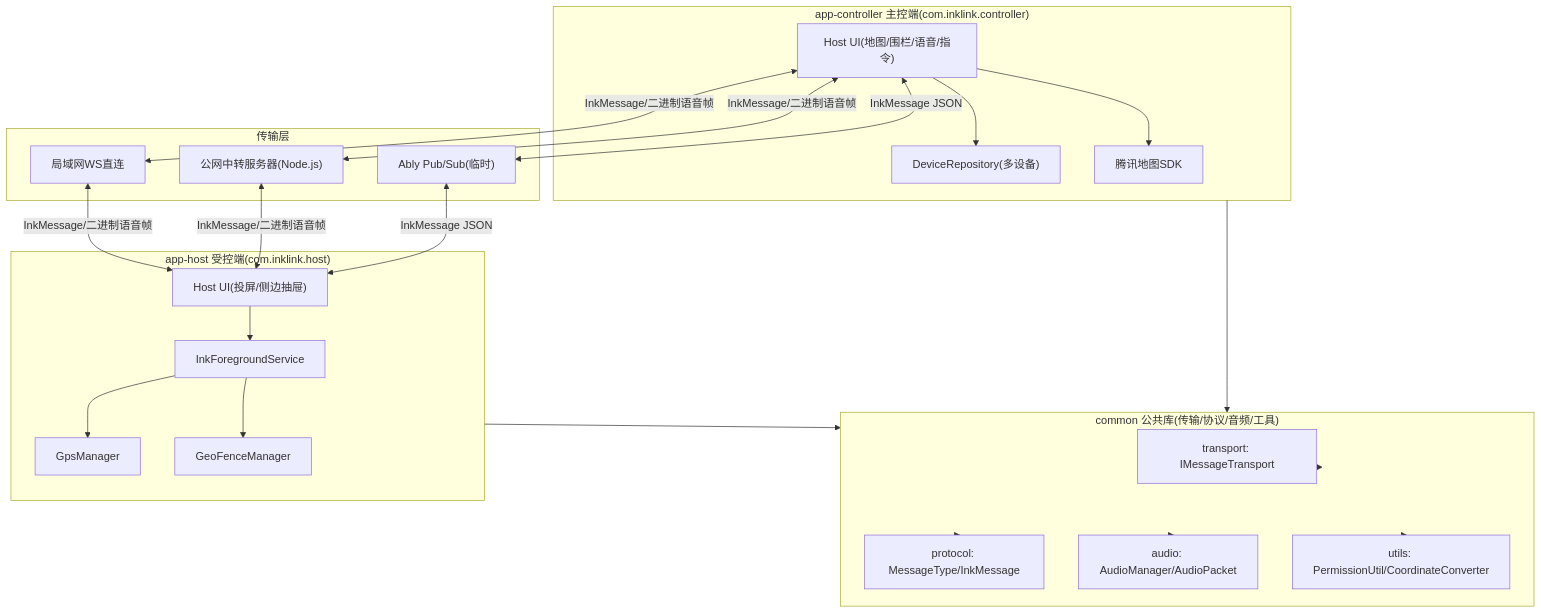
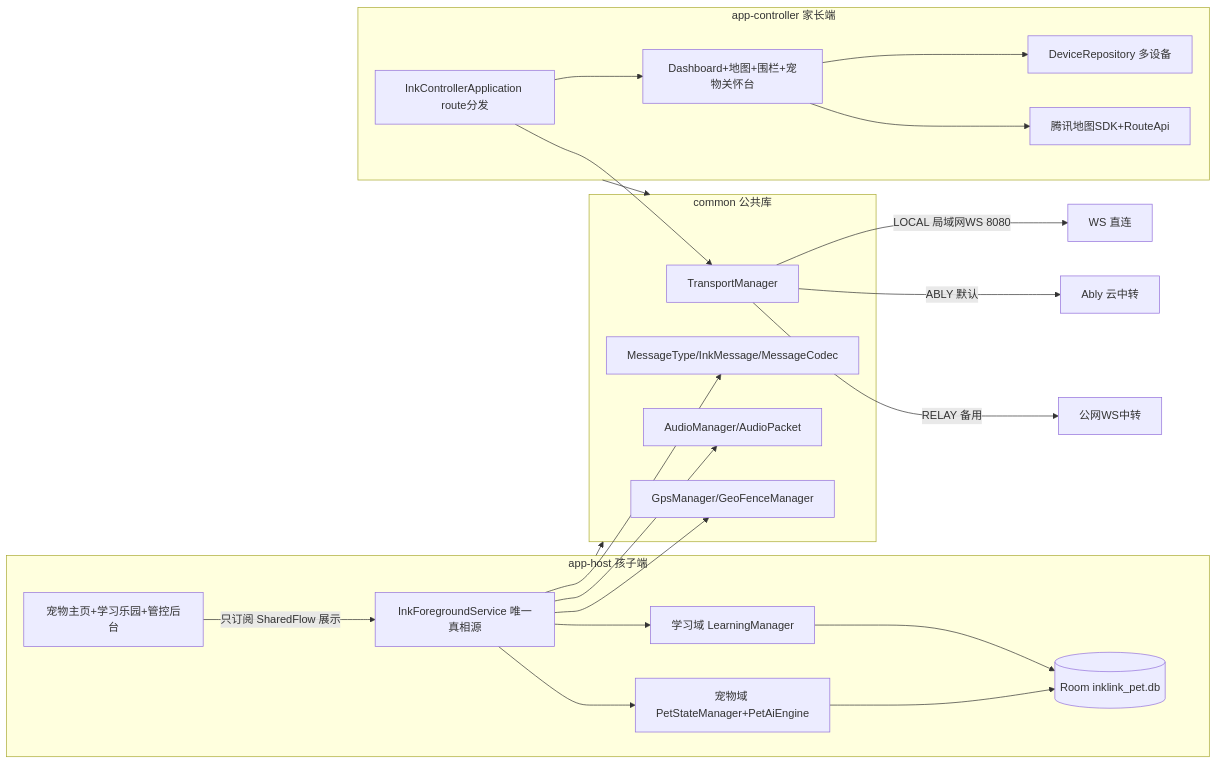
The first of 2 diagrams in .monkeycode/docs/ARCHITECTURE.md (caogenfunan123/inklink-study), drawn with Mermaid before and after one commit. The commit also changed other lines of this file and 11 other files, not shown here.

````diff
--- a/.monkeycode/docs/ARCHITECTURE.md
+++ b/.monkeycode/docs/ARCHITECTURE.md
@@ -77,42 +83,39 @@
 ```mermaid
-graph TD
-    subgraph COMMON["common 公共库(传输/协议/音频/工具)"]
-        TRANS["transport: IMessageTransport"]
-        PROTO["protocol: MessageType/InkMessage"]
-        AUDIO["audio: AudioManager/AudioPacket"]
-        UTILS["utils: PermissionUtil/CoordinateConverter"]
+flowchart LR
+    subgraph HOST["app-host 孩子端"]
+        SVC["InkForegroundService 唯一真相源"]
+        PET["宠物域 PetStateManager+PetAiEngine"]
+        LEARN["学习域 LearningManager"]
+        HUI["宠物主页+学习乐园+管控后台"]
+        HDAO[("Room inklink_pet.db")]
     end
-    subgraph HOST["app-host 受控端(com.inklink.host)"]
-        C_SVC["InkForegroundService"]
-        C_GPS["GpsManager"]
-        C_GEO["GeoFenceManager"]
-        C_UI["Host UI(投屏/侧边抽屉)"]
-        C_SVC --> C_GPS
-        C_SVC --> C_GEO
-        C_UI --> C_SVC
+    subgraph CTRL["app-controller 家长端"]
+        APP["InkControllerApplication route分发"]
+        CUI["Dashboard+地图+围栏+宠物关怀台"]
+        DEV["DeviceRepository 多设备"]
+        TMAP["腾讯地图SDK+RouteApi"]
     end
-    subgraph CONTROLLER["app-controller 主控端(com.inklink.controller)"]
-        H_UI["Host UI(地图/围栏/语音/指令)"]
-        H_DEV["DeviceRepository(多设备)"]
-        H_MAP["腾讯地图SDK"]
-        H_UI --> H_MAP
-        H_UI --> H_DEV
+    subgraph COMMON["common 公共库"]
+        TM["TransportManager"]
+        PROTO["MessageType/InkMessage/MessageCodec"]
+        AUD["AudioManager/AudioPacket"]
+        GPS["GpsManager/GeoFenceManager"]
     end
-    subgraph NET["传输层"]
-        WS_LOCAL["局域网WS直连"]
-        WS_RELAY["公网中转服务器(Node.js)"]
-        ABLY["Ably Pub/Sub(临时)"]
-    end
+    SVC --> PET
+    SVC --> LEARN
+    SVC --> GPS
+    PET --> HDAO
+    LEARN --> HDAO
+    HUI -->|"只订阅 SharedFlow 展示"| SVC
+    SVC --> PROTO
+    SVC --> AUD
+    APP --> TM
+    APP --> CUI
+    CUI --> DEV
+    CUI --> TMAP
     HOST --> COMMON
-    CONTROLLER --> COMMON
-    COMMON --> TRANS
-    COMMON --> PROTO
-    COMMON --> AUDIO
-    COMMON --> UTILS
-    H_UI <-->|"InkMessage/二进制语音帧"| WS_LOCAL
-    H_UI <-->|"InkMessage/二进制语音帧"| WS_RELAY
-    H_UI <-->|"InkMessage JSON"| ABLY
-    WS_LOCAL <-->|"InkMessage/二进制语音帧"| C_UI
-    WS_RELAY <-->|"InkMessage/二进制语音帧"| C_UI
-    ABLY <-->|"InkMessage JSON"| C_UI
+    CTRL --> COMMON
+    TM -->|"LOCAL 局域网WS 8080"| NET1["WS 直连"]
+    TM -->|"ABLY 默认"| NET2["Ably 云中转"]
+    TM -->|"RELAY 备用"| NET3["公网WS中转"]
 ```
````
